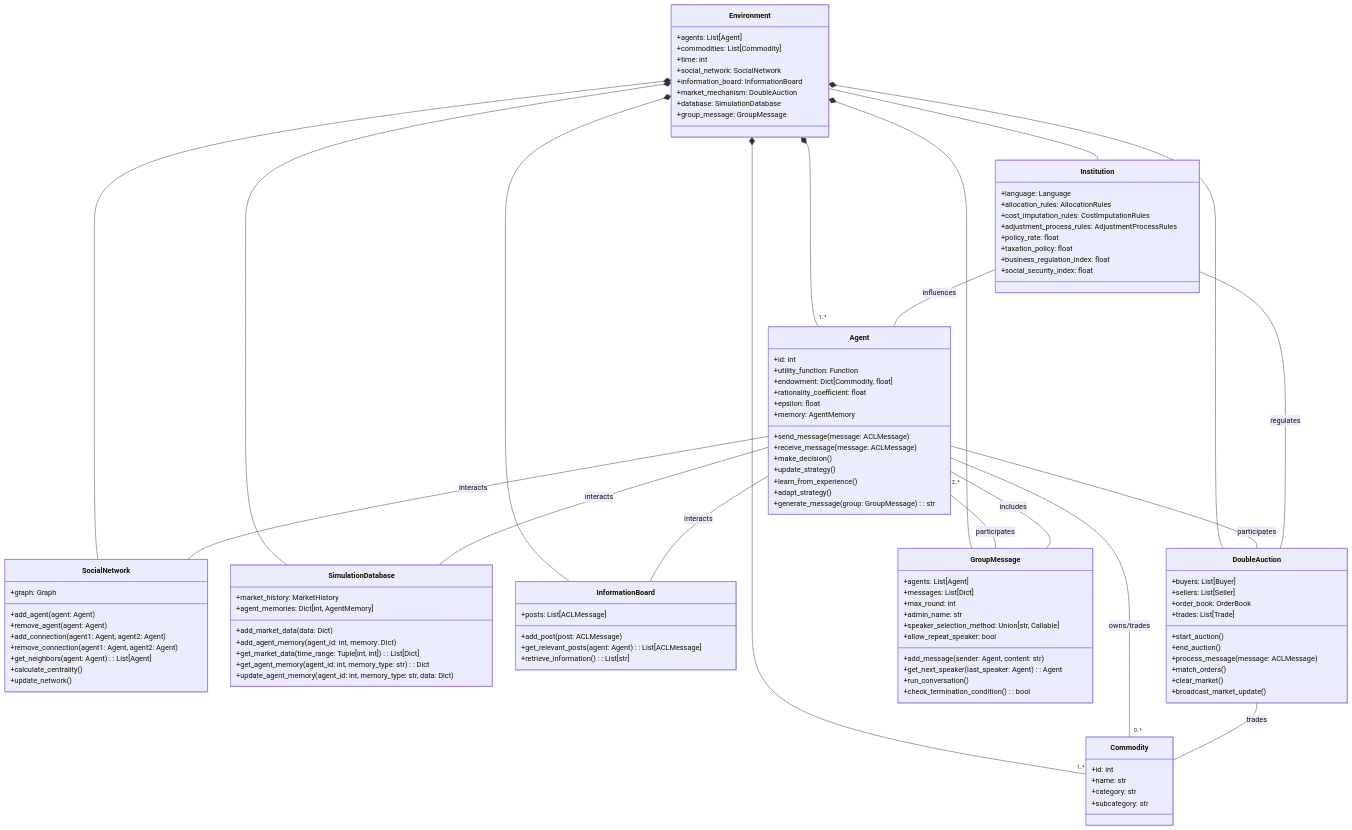
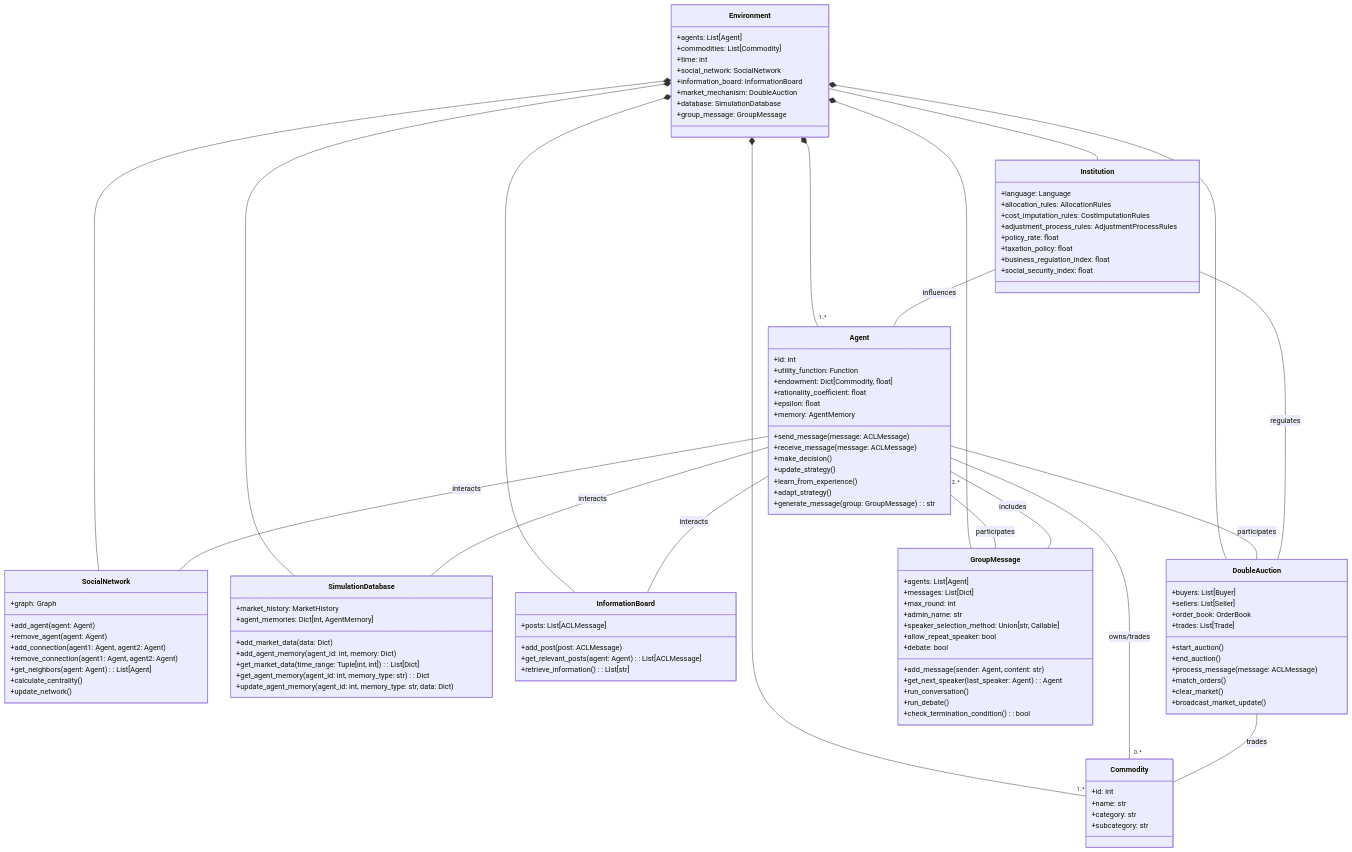
Before and after one commit to interstellarninja/MarketAgents: the first of 4 diagrams in README.md, drawn with Mermaid. The commit also changed other lines of this file, not shown here.

Commit message:
updating mermaid graph and core module sections with debate method

```diff
--- a/README.md
+++ b/README.md
@@ -106,11 +106,14 @@
         +admin_name: str
         +speaker_selection_method: Union[str, Callable]
         +allow_repeat_speaker: bool
+        +debate: bool
         +add_message(sender: Agent, content: str)
         +get_next_speaker(last_speaker: Agent): Agent
         +run_conversation()
+        +run_debate()
         +check_termination_condition(): bool
     }
+
 
     Environment *-- "1..*" Agent
     Environment *-- "1..*" Commodity
```
